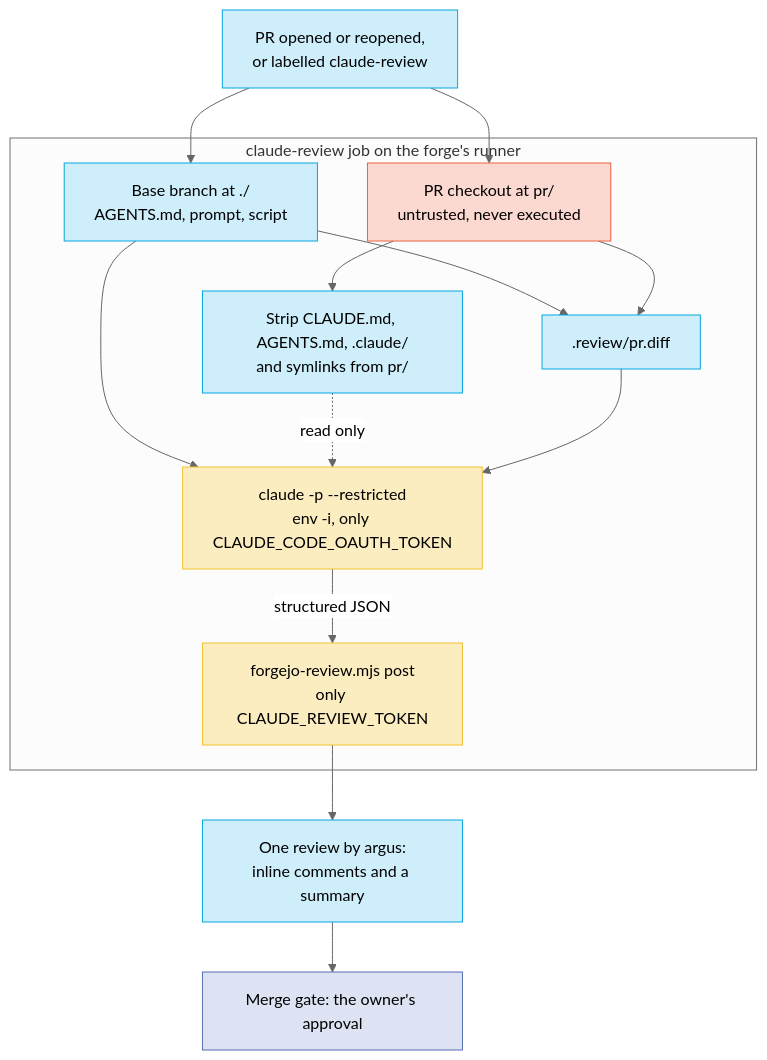
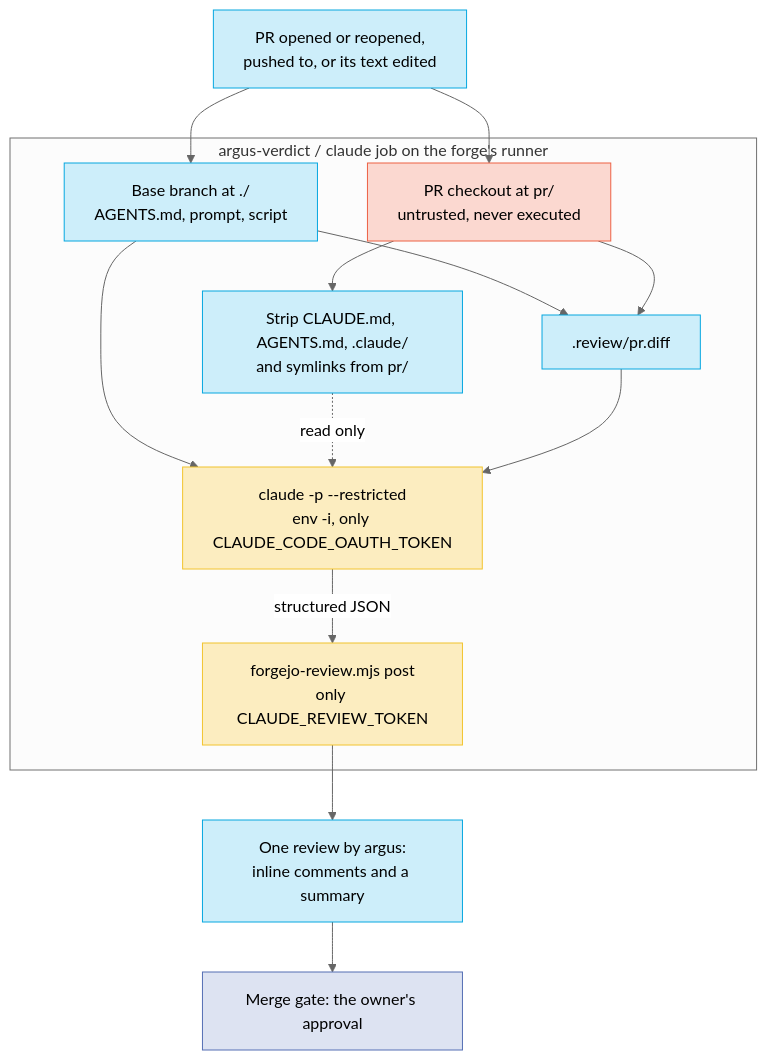
One commit to bryankennedy/dotfiles changed the diagram in docs/claude-review.md. Above: the diagram before and after it, drawn with Mermaid (neutral theme). The commit also changed other lines of this file and 4 other files, not shown here.

First line of the commit message:
fix(agent): INFRA-351 argus-review says a push re-reviews (#145)

````diff
--- a/docs/claude-review.md
+++ b/docs/claude-review.md
@@ -23,30 +23,30 @@
 ```mermaid
 flowchart TB
-  trigger["PR opened or reopened,<br/>or labelled claude-review"] --> base & head
-  subgraph job["claude-review job on the forge's runner"]
+  trigger["PR opened or reopened,<br/>pushed to, or its text edited"] --> base & head
+  subgraph job["argus-verdict / claude job on the forge's runner"]
     base["Base branch at ./<br/>AGENTS.md, prompt, script"]
     head["PR checkout at pr/<br/>untrusted, never executed"]
     strip["Strip CLAUDE.md, AGENTS.md, .claude/<br/>and symlinks from pr/"]
     diff[".review/pr.diff"]
     claude["claude -p --restricted<br/>env -i, only CLAUDE_CODE_OAUTH_TOKEN"]
     post["forgejo-review.mjs post<br/>only CLAUDE_REVIEW_TOKEN"]
     base --> diff
     head --> diff
     head --> strip
     base --> claude
     strip -. read only .-> claude
     diff --> claude
     claude -->|structured JSON| post
   end
   post --> review["One review by argus:<br/>inline comments and a summary"]
   review --> gate["Merge gate: the owner's approval"]
 
   classDef trusted fill:#cdeefa,stroke:#06A7E0,color:#000
   classDef untrusted fill:#fbd8d0,stroke:#ED6245,color:#000
   classDef secret fill:#fcedc0,stroke:#F2C42E,color:#000
   classDef human fill:#dde3f2,stroke:#546EB4,color:#000
   class base,diff,review,trigger,strip trusted
   class head untrusted
   class claude,post secret
   class gate human
 ```
````
